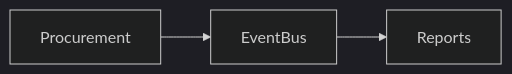
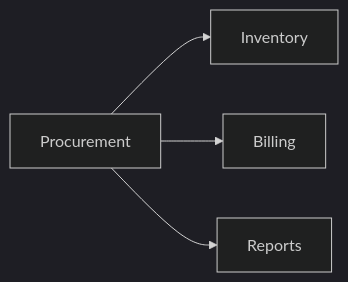
Before and after one commit to sameheg/cafeos: the diagram in ModulesDoc/PROCUREMENT.md, drawn with Mermaid (dark theme). The commit also changed other lines of this file and 21 other files, not shown here.

````diff
--- a/ModulesDoc/PROCUREMENT.md
+++ b/ModulesDoc/PROCUREMENT.md
@@ -16,5 +17,6 @@
 ```mermaid
 flowchart LR
-  A[Procurement] --> B[EventBus]
-  B --> C[Reports]
+  Procurement --> Inventory
+  Procurement --> Billing
+  Procurement --> Reports
 ```
````
